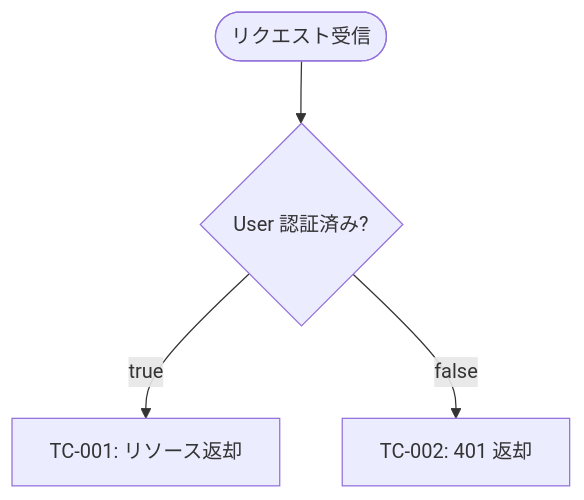
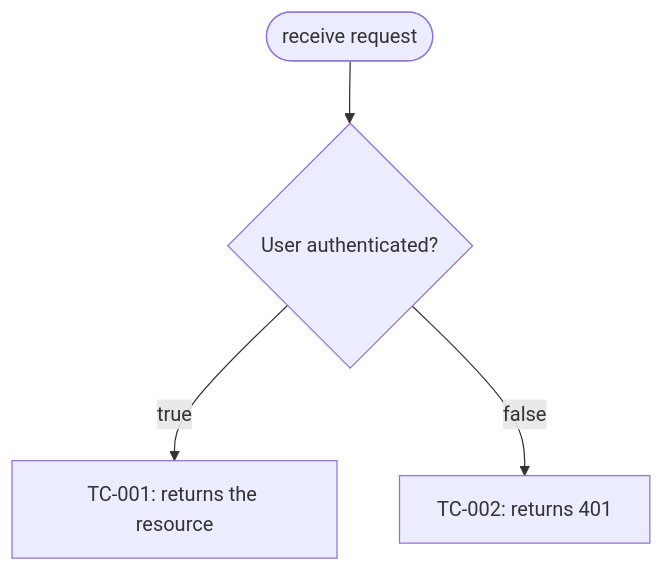
One commit to totto2727-org/monorepo changed the first of 5 diagrams in plugins/dev-workflow/skills/share-artifacts/references/qa-flow.md. Above: the diagram before and after it, drawn with Mermaid. The commit also changed other lines of this file and 37 other files, not shown here.

````diff
--- a/plugins/dev-workflow/skills/share-artifacts/references/qa-flow.md
+++ b/plugins/dev-workflow/skills/share-artifacts/references/qa-flow.md
@@ -101,6 +101,6 @@
 ```mermaid
 flowchart TD
-  Start([リクエスト受信]) --> Q{User 認証済み?}
-  Q -->|true| TC1[TC-001: リソース返却]
-  Q -->|false| TC2[TC-002: 401 返却]
+  Start([receive request]) --> Q{User authenticated?}
+  Q -->|true| TC1[TC-001: returns the resource]
+  Q -->|false| TC2[TC-002: returns 401]
 ```
````
